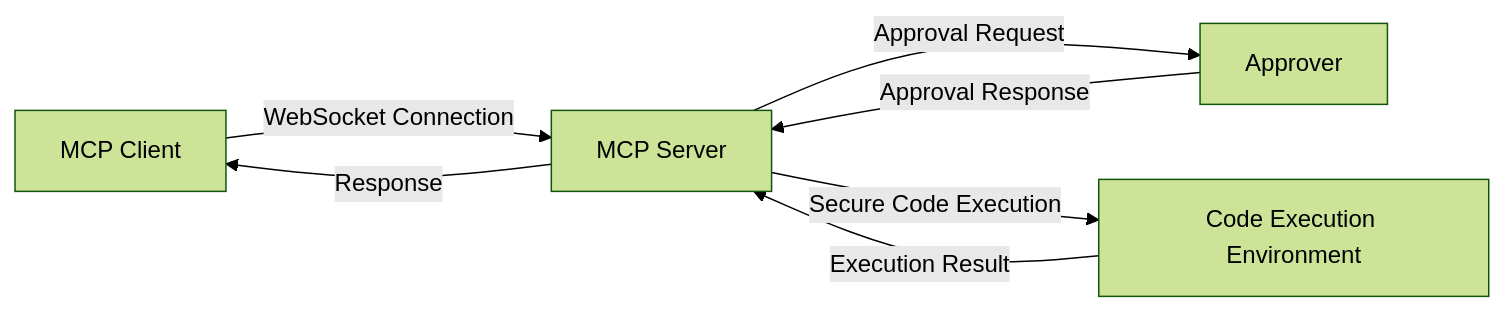
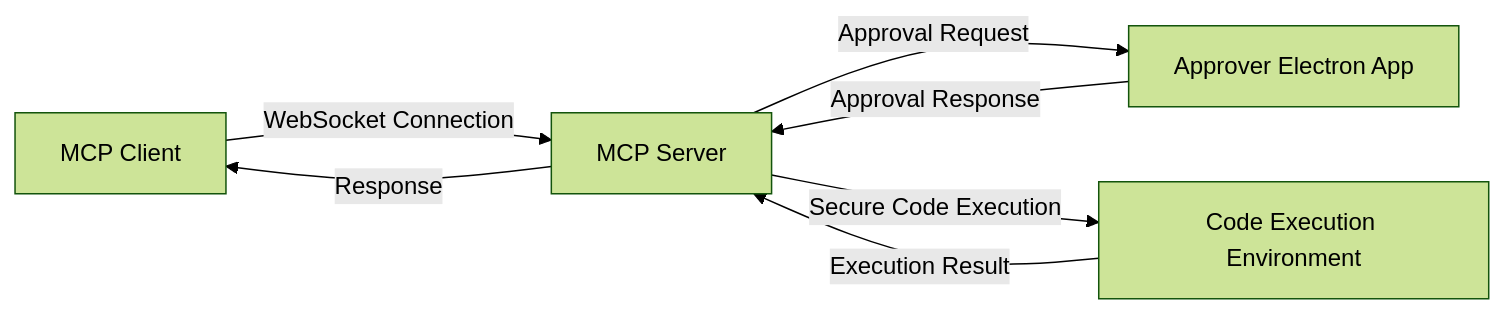
The diagram in README.md (tim-dev-docs/keyboard-local), drawn with Mermaid (forest theme) before and after one commit. The commit also changed other lines of this file, not shown here.

````diff
--- a/README.md
+++ b/README.md
@@ -29,9 +29,9 @@
 ```mermaid
 flowchart LR
     A[MCP Client] -->|WebSocket Connection| B[MCP Server]
-    B -->|Approval Request| C[Approver]
+    B -->|Approval Request| C[Approver Electron App]
     C -->|Approval Response| B
     B -->|Secure Code Execution| D[Code Execution Environment]
     D -->|Execution Result| B
     B -->|Response| A
 ```
````
